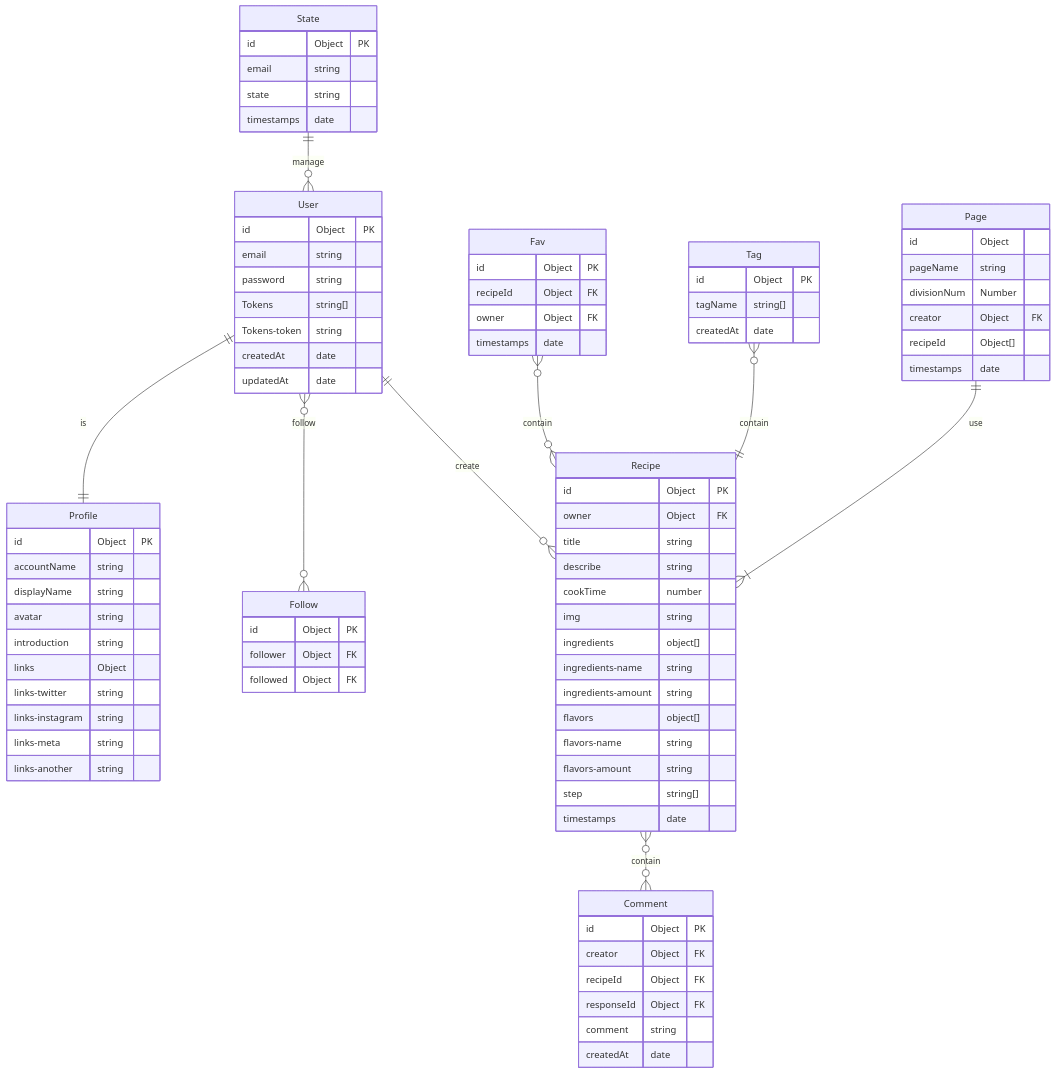
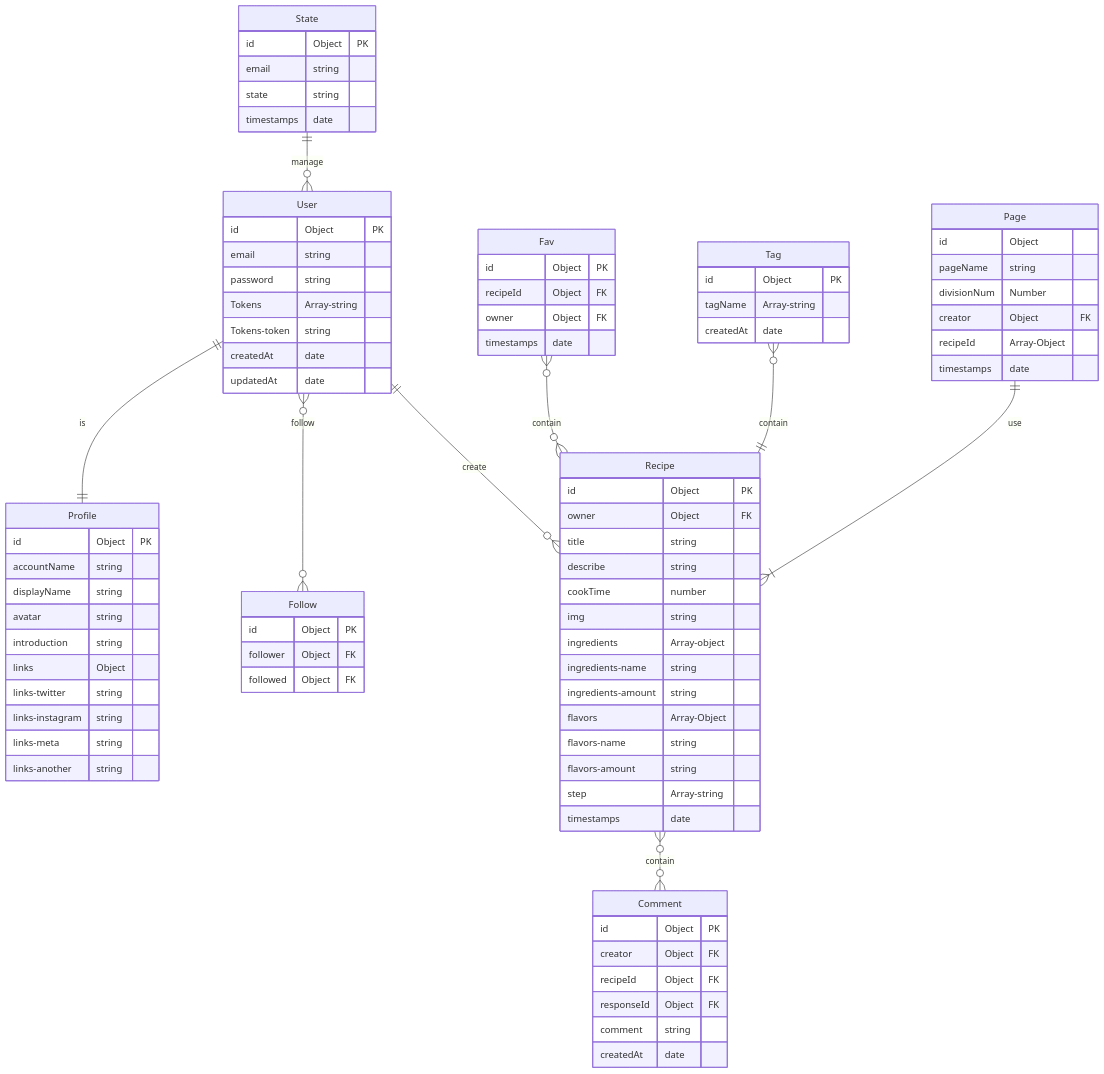
One commit to AkihitoNakano/GoodFood-Portfolio changed the third of 5 diagrams in README.md. Above: the diagram before and after it, drawn with Mermaid. The commit also changed other lines of this file, not shown here.

Commit message:
mermaidで[]の削除

```diff
--- a/README.md
+++ b/README.md
@@ -381,7 +378,7 @@
   id Object PK
   email string
   password string
-  Tokens string[]
+  Tokens Array-string
   Tokens-token string
   createdAt date
   updatedAt date
@@ -414,13 +411,13 @@
   describe string
   cookTime number
   img string
-  ingredients object[]
+  ingredients Array-object
   ingredients-name string
   ingredients-amount string
-  flavors object[]
+  flavors Array-Object
   flavors-name string
   flavors-amount string
-  step string[]
+  step Array-string
   timestamps date
 
 }
@@ -443,7 +440,7 @@
 
 Tag {
   id Object PK
-  tagName string[]
+  tagName Array-string
   createdAt date
 }
 
@@ -452,7 +449,7 @@
   pageName string
   divisionNum Number
   creator Object FK
-  recipeId Object[]
+  recipeId Array-Object
   timestamps date
 }
 
```
